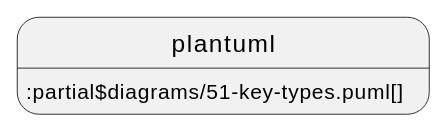
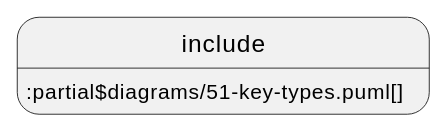
One commit to acplt/aas-specs changed the fourth of 5 diagrams in documentation/IDTA-01001/modules/ROOT/pages/spec-metamodel/referencing.adoc. Above: the diagram before and after it, drawn with PlantUML. The commit also changed other lines of this file and 14 other files, not shown here.

First line of the commit message:
Revert "Use plantuml instead of include and test ./"

```diff
--- a/documentation/IDTA-01001/modules/ROOT/pages/spec-metamodel/referencing.adoc
+++ b/documentation/IDTA-01001/modules/ROOT/pages/spec-metamodel/referencing.adoc
@@ -135,4 +135,4 @@
 [plantuml, 51-key-types, svg]
 ....
-plantuml::partial$diagrams/51-key-types.puml[]
+include::partial$diagrams/51-key-types.puml[]
 ....
```
